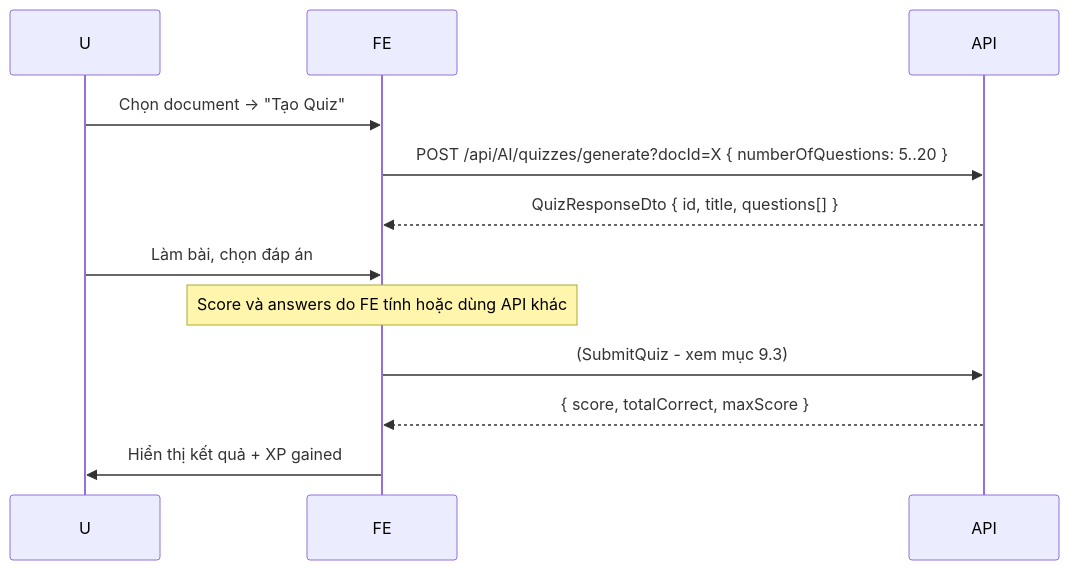
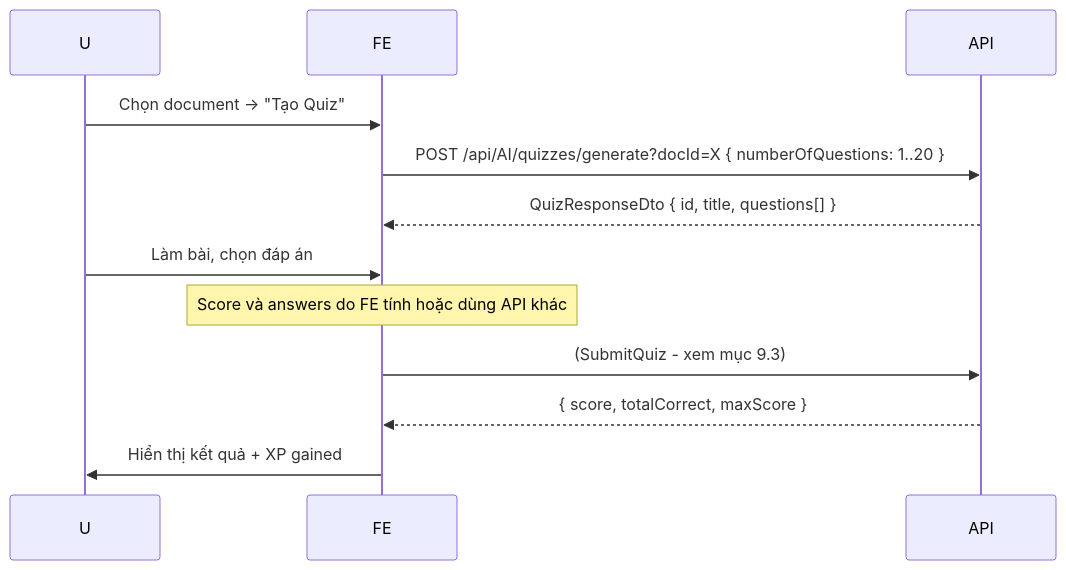
Before and after one commit to SWP391-SU26-SE1923-GROUP5/BE-SWP: the sixth of 10 diagrams in docs/FRONTEND_GUIDE.md, drawn with Mermaid. The commit also changed other lines of this file and 3 other files, not shown here.

````diff
--- a/docs/FRONTEND_GUIDE.md
+++ b/docs/FRONTEND_GUIDE.md
@@ -167,11 +167,11 @@
 ```mermaid
 sequenceDiagram
     U->>FE: Chọn document → "Tạo Quiz"
-    FE->>API: POST /api/AI/quizzes/generate?docId=X { numberOfQuestions: 5..20 }
+    FE->>API: POST /api/AI/quizzes/generate?docId=X { numberOfQuestions: 1..20 }
     API-->>FE: QuizResponseDto { id, title, questions[] }
     U->>FE: Làm bài, chọn đáp án
     Note over FE: Score và answers do FE tính hoặc dùng API khác
     FE->>API: (SubmitQuiz - xem mục 9.3)
     API-->>FE: { score, totalCorrect, maxScore }
     FE->>U: Hiển thị kết quả + XP gained
 ```
````
